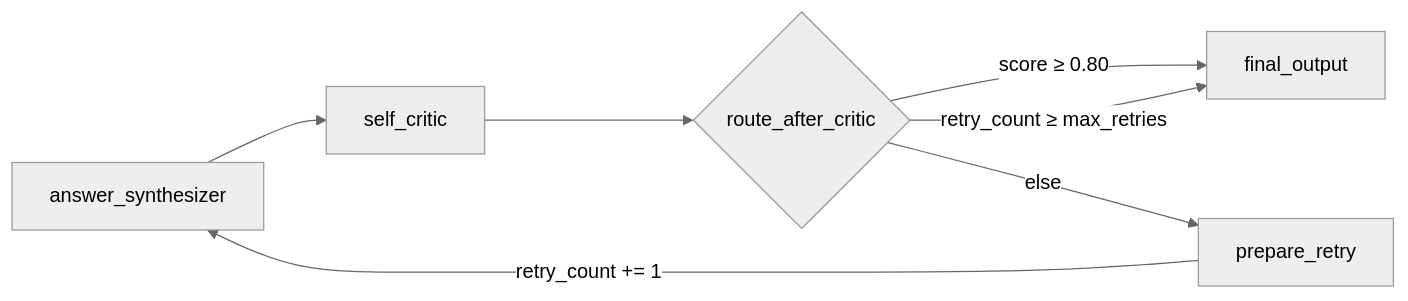
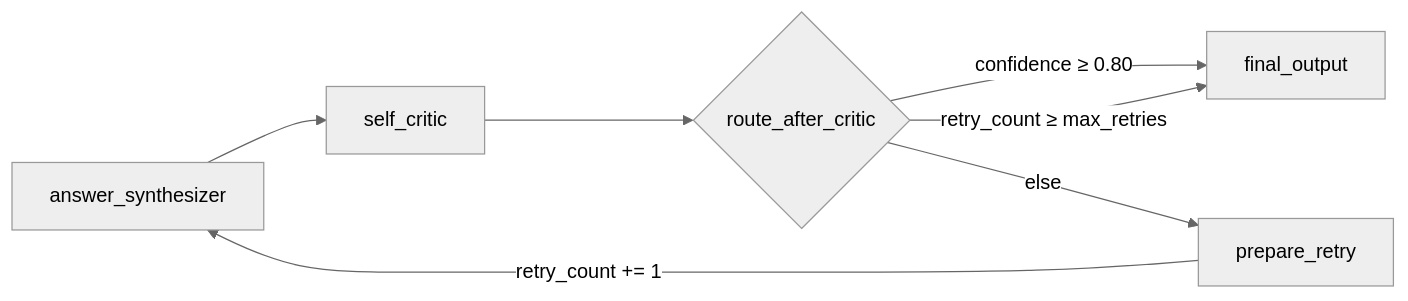
The third of 7 diagrams in docs/langgraph-design.md (haritejan955-ux/Juneproect), drawn with Mermaid (neutral theme) before and after one commit. The commit also changed other lines of this file and 20 other files, not shown here.

First line of the commit message:
Implement shared GraphState with requested field names, fully typed

````diff
--- a/docs/langgraph-design.md
+++ b/docs/langgraph-design.md
@@ -235,9 +268,9 @@
 ```mermaid
 flowchart LR
     AS[answer_synthesizer] --> SCR[self_critic]
     SCR --> D{route_after_critic}
-    D -->|score ≥ 0.80| FO[final_output]
+    D -->|confidence ≥ 0.80| FO[final_output]
     D -->|retry_count ≥ max_retries| FO
     D -->|else| PR[prepare_retry]
     PR -->|retry_count += 1| AS
 ```
````
